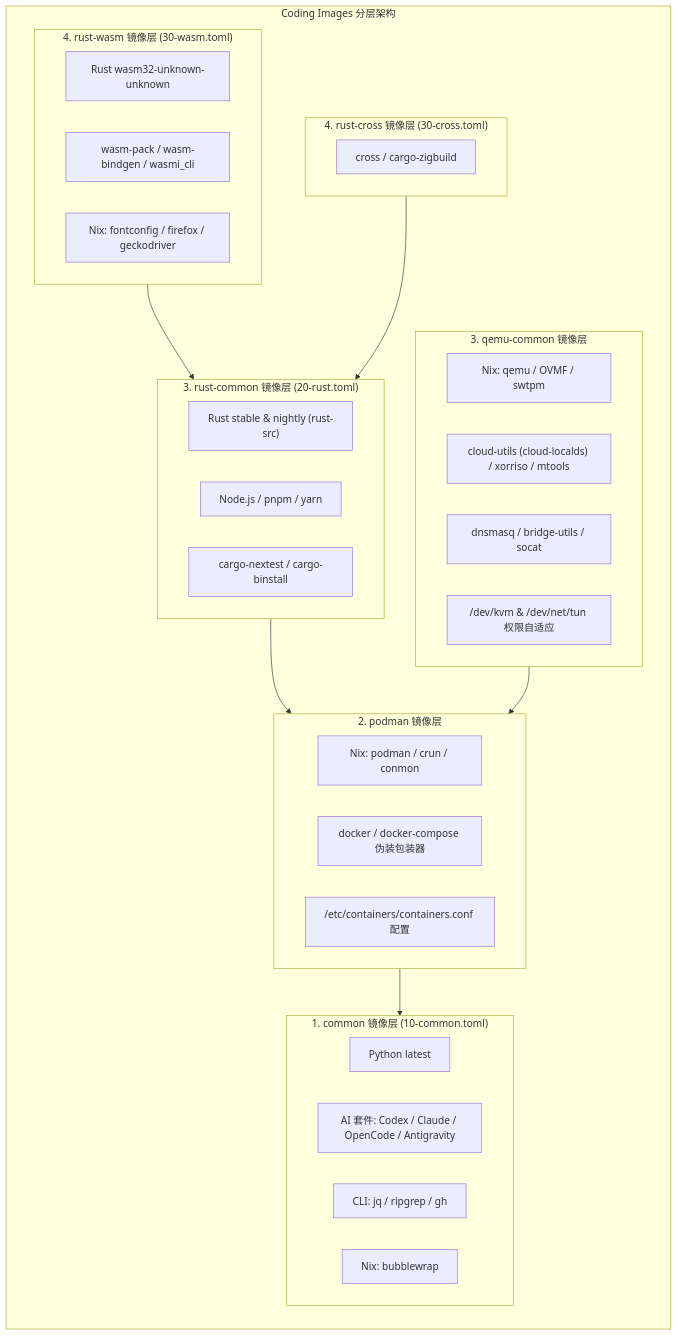
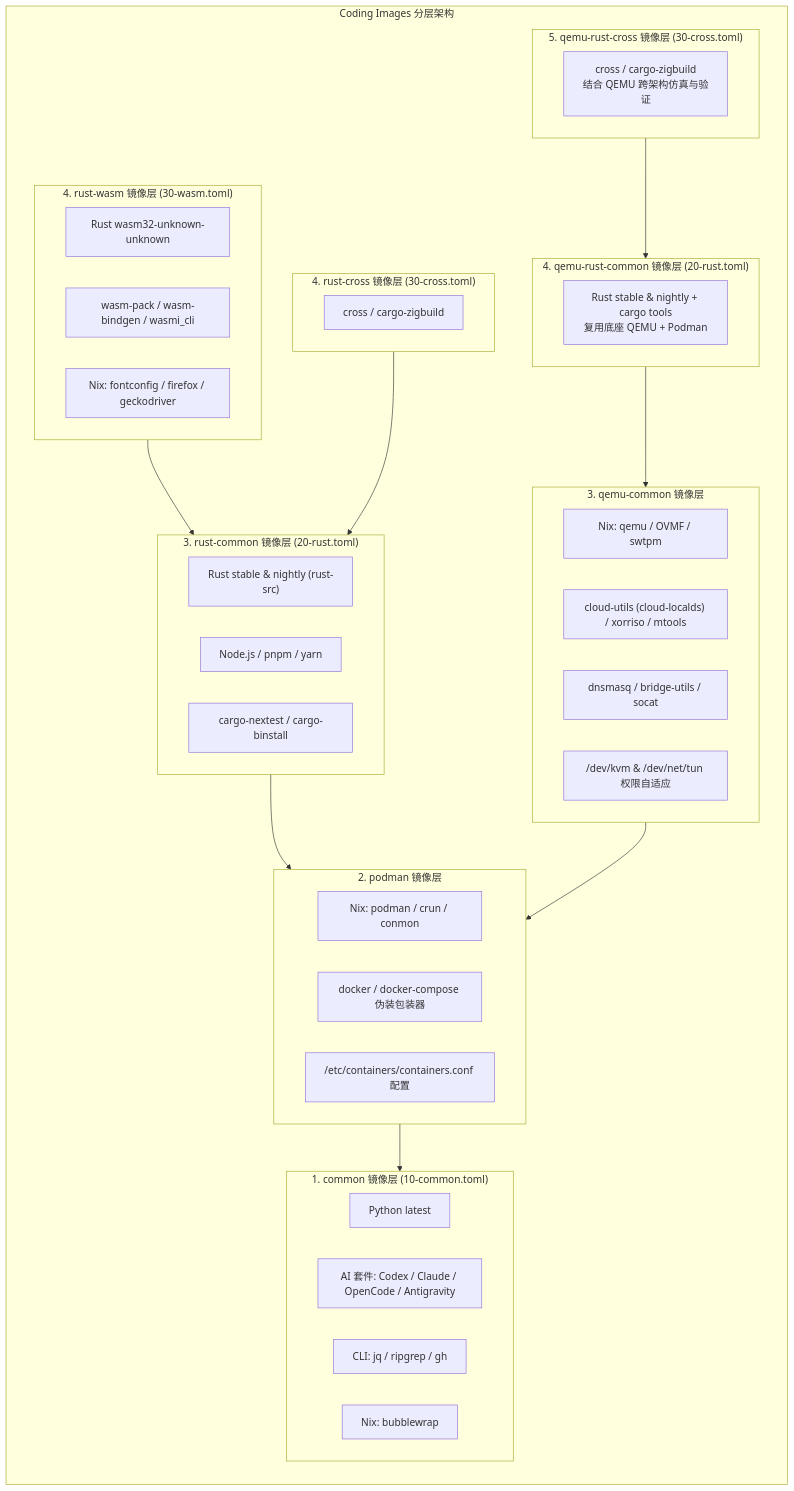
One commit to shaogme/coding-images changed the second of 5 diagrams in README.md. Above: the diagram before and after it, drawn with Mermaid. The commit also changed other lines of this file and 11 other files, not shown here.

````diff
--- a/README.md
+++ b/README.md
@@ -209,48 +251,58 @@
 ```mermaid
 flowchart TB
     subgraph ContainerHierarchy["Coding Images 分层架构"]
         direction TB
 
         subgraph CommonLayer["1. common 镜像层 (10-common.toml)"]
             Python["Python latest"]
             AITools["AI 套件: Codex / Claude / OpenCode / Antigravity"]
             Utils["CLI: jq / ripgrep / gh"]
             NixBase["Nix: bubblewrap"]
         end
 
         subgraph PodmanLayer["2. podman 镜像层"]
             NixPodman["Nix: podman / crun / conmon"]
             Wrappers["docker / docker-compose 伪装包装器"]
             ContainersConf["/etc/containers/containers.conf 配置"]
         end
 
         subgraph RustLayer["3. rust-common 镜像层 (20-rust.toml)"]
             RustToolchains["Rust stable & nightly (rust-src)"]
             NodeTools["Node.js / pnpm / yarn"]
             CargoTools["cargo-nextest / cargo-binstall"]
         end
 
         subgraph QemuLayer["3. qemu-common 镜像层"]
             NixQemu["Nix: qemu / OVMF / swtpm"]
             CloudTools["cloud-utils (cloud-localds) / xorriso / mtools"]
             NetTools["dnsmasq / bridge-utils / socat"]
             KvmDev["/dev/kvm & /dev/net/tun 权限自适应"]
         end
 
         subgraph WasmLayer["4. rust-wasm 镜像层 (30-wasm.toml)"]
             WasmTargets["Rust wasm32-unknown-unknown"]
             WasmTools["wasm-pack / wasm-bindgen / wasmi_cli"]
             NixWasm["Nix: fontconfig / firefox / geckodriver"]
         end
 
         subgraph CrossLayer["4. rust-cross 镜像层 (30-cross.toml)"]
             CrossTools["cross / cargo-zigbuild"]
         end
 
+        subgraph QemuRustCommonLayer["4. qemu-rust-common 镜像层 (20-rust.toml)"]
+            QemuRustTools["Rust stable & nightly + cargo tools<br/>复用底座 QEMU + Podman"]
+        end
+
+        subgraph QemuRustCrossLayer["5. qemu-rust-cross 镜像层 (30-cross.toml)"]
+            QemuCrossTools["cross / cargo-zigbuild<br/>结合 QEMU 跨架构仿真与验证"]
+        end
+
         WasmLayer --> RustLayer
         CrossLayer --> RustLayer
+        QemuRustCommonLayer --> QemuLayer
+        QemuRustCrossLayer --> QemuRustCommonLayer
         RustLayer --> PodmanLayer
         QemuLayer --> PodmanLayer
         PodmanLayer --> CommonLayer
     end
 ```
````
